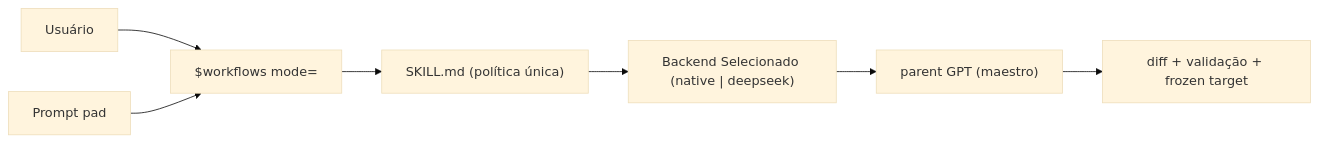
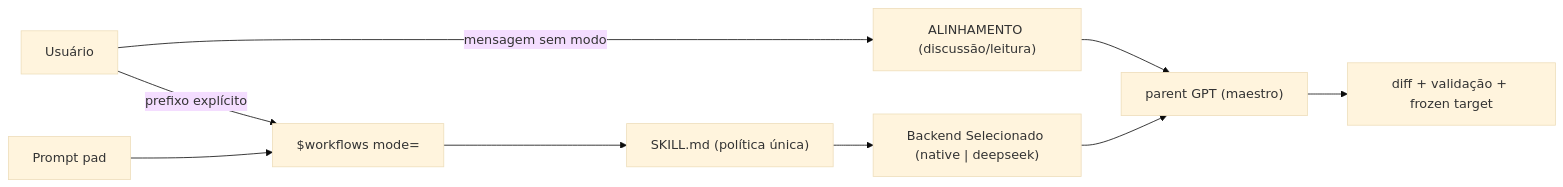
One commit to CheekyCodexConjurer/codex-workflows-kit changed the diagram in README.md. Above: the diagram before and after it, drawn with Mermaid (base theme). The commit also changed other lines of this file and 6 other files, not shown here.

```diff
--- a/README.md
+++ b/README.md
@@ -119,9 +121,11 @@
 ~~~mermaid
 flowchart LR
-    USER["Usuário"] --> WF["$workflows mode=<MODE>"]
+    USER["Usuário"] -->|mensagem sem modo| ALIGN["ALINHAMENTO (discussão/leitura)"]
+    USER -->|prefixo explícito| WF["$workflows mode=<MODE>"]
     PAD["Prompt pad"] --> WF
+    ALIGN --> PARENT["parent GPT (maestro)"]
     WF --> RULES["SKILL.md (política única)"]
     RULES --> BACKEND["Backend Selecionado (native | deepseek)"]
-    BACKEND --> PARENT["parent GPT (maestro)"]
+    BACKEND --> PARENT
     PARENT --> GATE["diff + validação + frozen target"]
 ~~~
```
